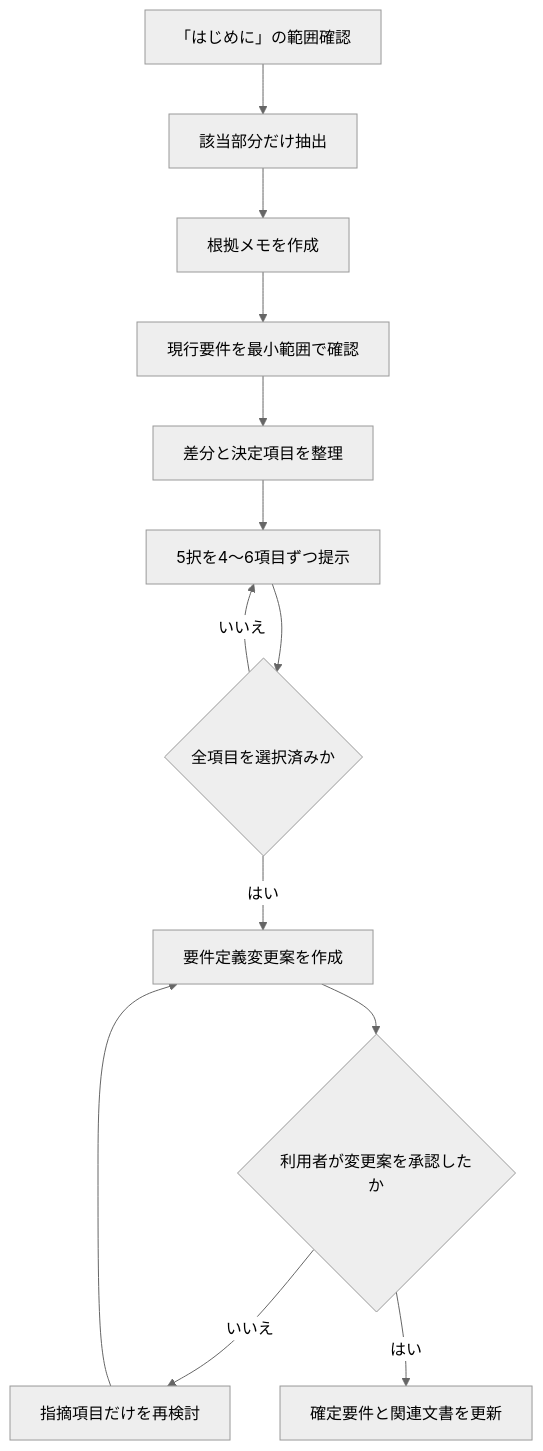
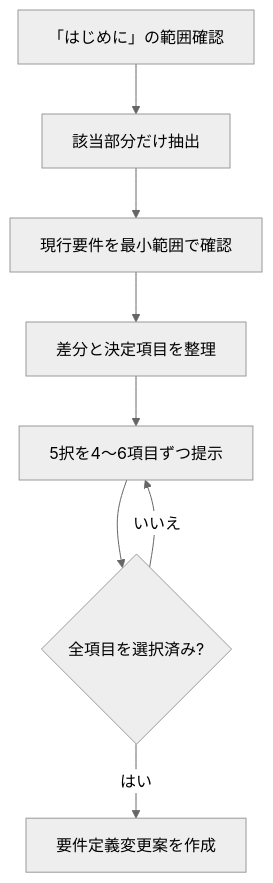
Before and after one commit to ChestnutForest/paper-repro: the diagram in docs/requirements-update-workflow.md, drawn with Mermaid (neutral theme). The commit also changed other lines of this file, not shown here.

````diff
--- a/docs/requirements-update-workflow.md
+++ b/docs/requirements-update-workflow.md
@@ -236,15 +359,10 @@
 ```mermaid
 flowchart TD
-    A[「はじめに」の範囲確認] --> B[該当部分だけ抽出]
-    B --> C[根拠メモを作成]
-    C --> D[現行要件を最小範囲で確認]
-    D --> E[差分と決定項目を整理]
-    E --> F[5択を4〜6項目ずつ提示]
-    F --> G{全項目を選択済みか}
-    G -- いいえ --> F
-    G -- はい --> H[要件定義変更案を作成]
-    H --> I{利用者が変更案を承認したか}
-    I -- いいえ --> J[指摘項目だけを再検討]
-    J --> H
-    I -- はい --> K[確定要件と関連文書を更新]
+    A["「はじめに」の範囲確認"] --> B["該当部分だけ抽出"]
+    B --> C["現行要件を最小範囲で確認"]
+    C --> D["差分と決定項目を整理"]
+    D --> E["5択を4～6項目ずつ提示"]
+    E --> F{"全項目を選択済み?"}
+    F -- いいえ --> E
+    F -- はい --> G["要件定義変更案を作成"]
 ```
````
